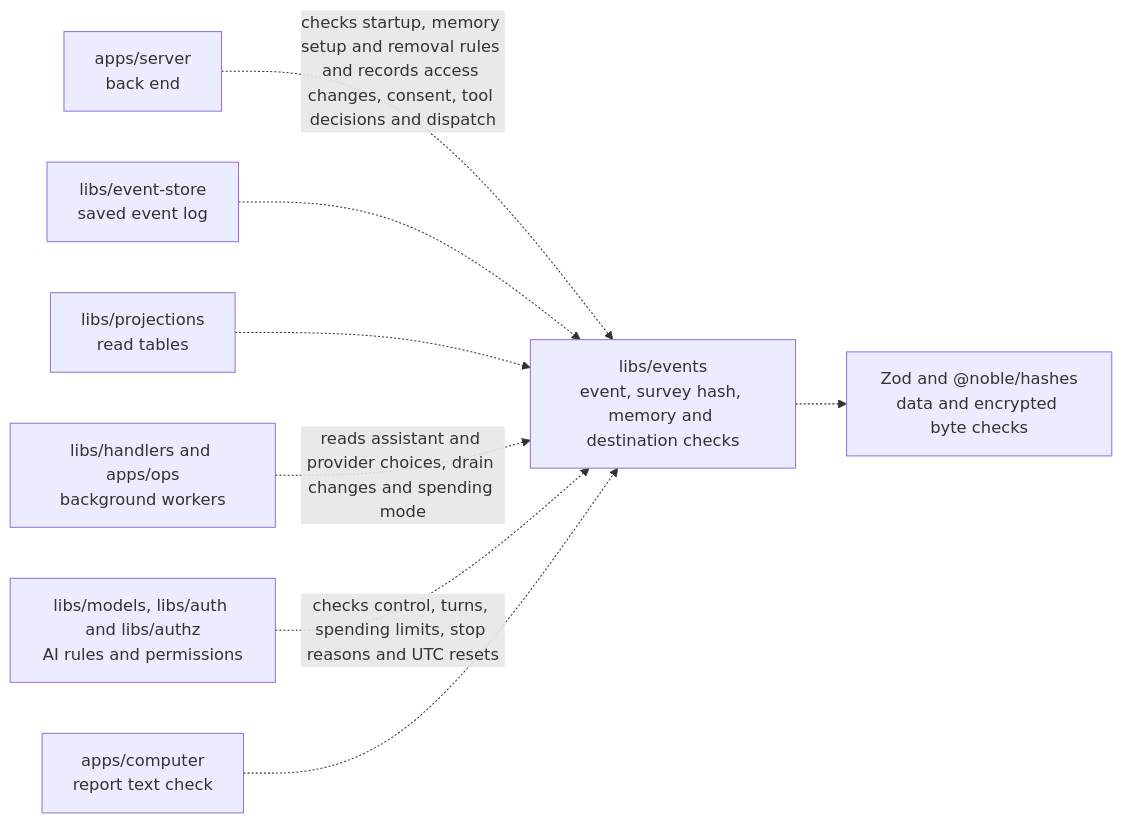
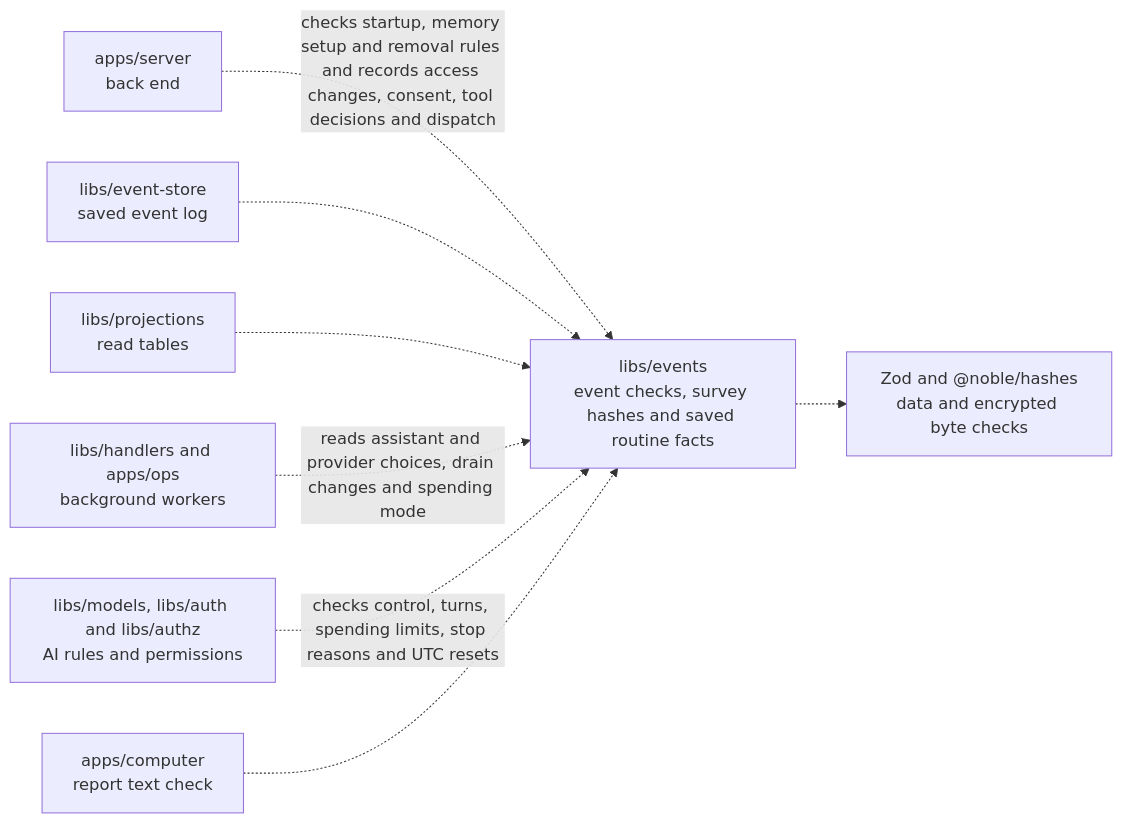
One commit to elewa-git/opencrane-new changed the diagram in libs/events/README.md. Above: the diagram before and after it, drawn with Mermaid. The commit also changed other lines of this file and 14 other files, not shown here.

Commit message:
📚 Define strict routine records and rebuild facts without execution

````diff
--- a/libs/events/README.md
+++ b/libs/events/README.md
@@ -24,10 +24,10 @@
 ```mermaid
 flowchart LR
-  server["apps/server<br/>back end"] -.->|checks startup, memory setup and removal rules and records access changes, consent, tool decisions and dispatch| events["libs/events<br/>event, survey hash, memory and destination checks"]
+  server["apps/server<br/>back end"] -.->|checks startup, memory setup and removal rules and records access changes, consent, tool decisions and dispatch| events["libs/events<br/>event checks, survey hashes and saved routine facts"]
   store["libs/event-store<br/>saved event log"] -.-> events
   projections["libs/projections<br/>read tables"] -.-> events
   workers["libs/handlers and apps/ops<br/>background workers"] -.->|reads assistant and provider choices, drain changes and spending mode| events
   others["libs/models, libs/auth and libs/authz<br/>AI rules and permissions"] -.->|checks control, turns, spending limits, stop reasons and UTC resets| events
   computer["apps/computer<br/>report text check"] -.-> events
   events -.-> checks["Zod and @noble/hashes<br/>data and encrypted byte checks"]
 ```
````
